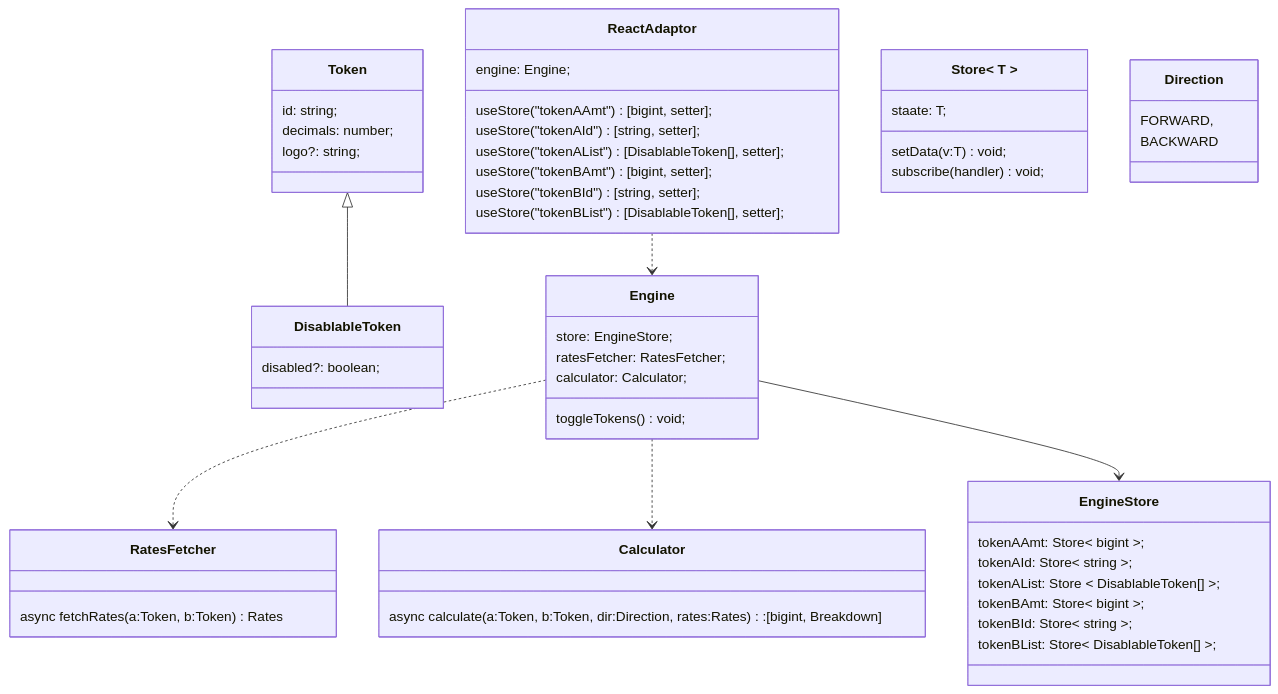
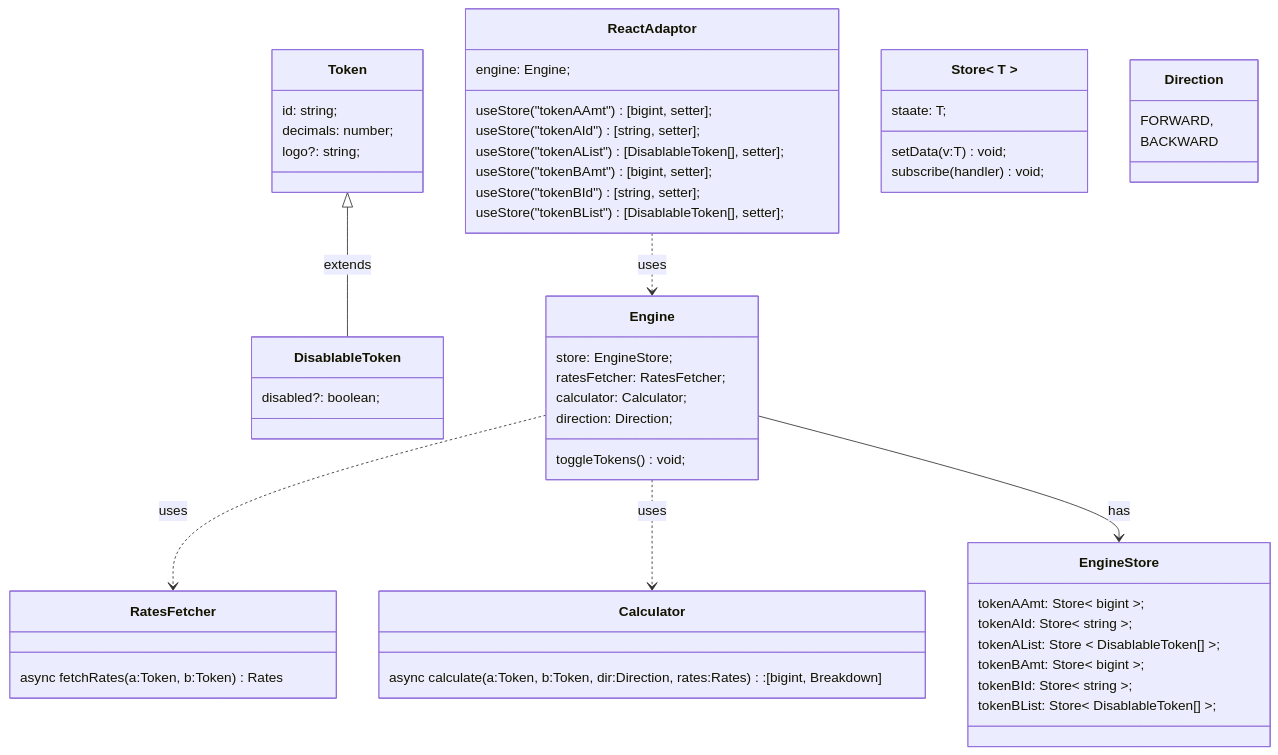
Before and after one commit to blockhackersio/fxgui: the diagram in README.md, drawn with Mermaid. The commit also changed other lines of this file, not shown here.

````diff
--- a/README.md
+++ b/README.md
@@ -86,64 +86,65 @@
 ```mermaid
 classDiagram
   class Token {
     id: string;
     decimals: number;
     logo?: string;
   }
 
   class DisablableToken{
     disabled?: boolean;
   }
 
 
   class Engine {
     store: EngineStore;
     ratesFetcher: RatesFetcher;
     calculator: Calculator;
     toggleTokens() void;
+    direction: Direction; 
   }
 
   class EngineStore {
     tokenAAmt: Store< bigint >;
     tokenAId: Store< string >;
     tokenAList: Store < DisablableToken[] >;
     tokenBAmt: Store< bigint >;
     tokenBId: Store< string >;
     tokenBList: Store< DisablableToken[] >;
   }
 
   class ReactAdaptor {
     engine: Engine;
     useStore("tokenAAmt") [bigint, setter];
     useStore("tokenAId") [string, setter];
     useStore("tokenAList") [DisablableToken[], setter];
     useStore("tokenBAmt") [bigint, setter];
     useStore("tokenBId") [string, setter];
     useStore("tokenBList") [DisablableToken[], setter];
   }
 
   class `Store< T >` {
     staate: T;
     setData(v:T) void;
     subscribe(handler) void;
   }
 
   class RatesFetcher {
     async fetchRates(a:Token, b:Token) Rates 
   }
 
   class Direction {
     FORWARD,
     BACKWARD
   }
 
   class Calculator {
     async calculate(a:Token, b:Token, dir:Direction, rates:Rates):[bigint, Breakdown]
   }
 
-  Token <|-- DisablableToken
-  Engine ..> RatesFetcher
-  Engine ..> Calculator
-  ReactAdaptor ..> Engine
-  Engine --> EngineStore
+  Token <|-- DisablableToken : extends
+  Engine ..> RatesFetcher : uses
+  Engine ..> Calculator : uses
+  ReactAdaptor ..> Engine : uses
+  Engine --> EngineStore : has
 ```
````
